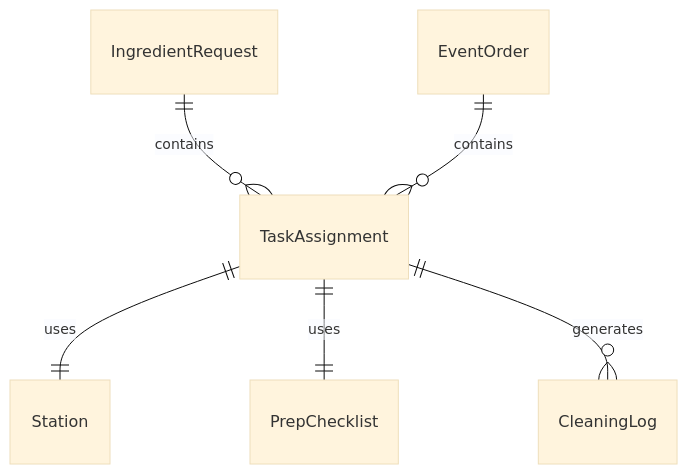
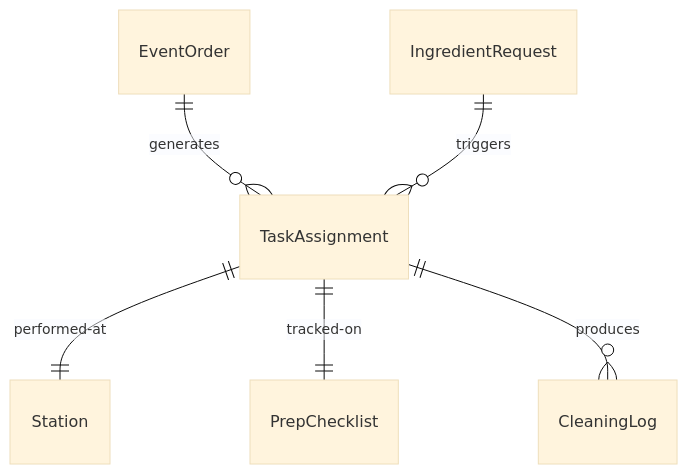
Before and after one commit to dot-org-ai/tasks.org.ai: the first of 4 diagrams in HandlingAndMovingObjects/PrepareFoodsOrBeverages/AssistChefsCaterersFoodDrink.mdx, drawn with Mermaid (base theme). The commit also changed other lines of this file and 515 other files, not shown here.

````diff
--- a/HandlingAndMovingObjects/PrepareFoodsOrBeverages/AssistChefsCaterersFoodDrink.mdx
+++ b/HandlingAndMovingObjects/PrepareFoodsOrBeverages/AssistChefsCaterersFoodDrink.mdx
@@ -87,8 +87,8 @@
 ```mermaid
 erDiagram
-    TaskAssignment ||--|| Station : "uses"
-    IngredientRequest ||--o{ TaskAssignment : "contains"
-    TaskAssignment ||--|| PrepChecklist : "uses"
-    EventOrder ||--o{ TaskAssignment : "contains"
-    TaskAssignment ||--o{ CleaningLog : "generates"
+    EventOrder ||--o{ TaskAssignment : "generates"
+    TaskAssignment ||--|| Station : "performed-at"
+    TaskAssignment ||--|| PrepChecklist : "tracked-on"
+    IngredientRequest ||--o{ TaskAssignment : "triggers"
+    TaskAssignment ||--o{ CleaningLog : "produces"
 ```
````
